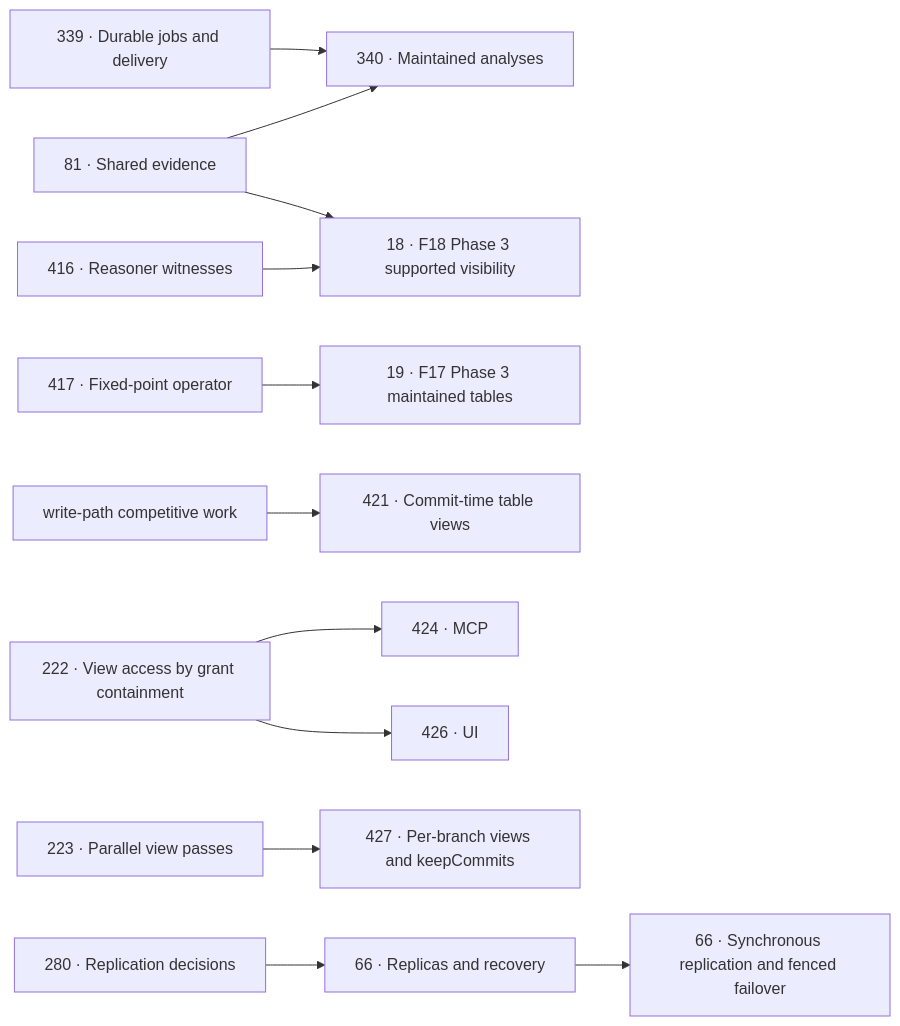
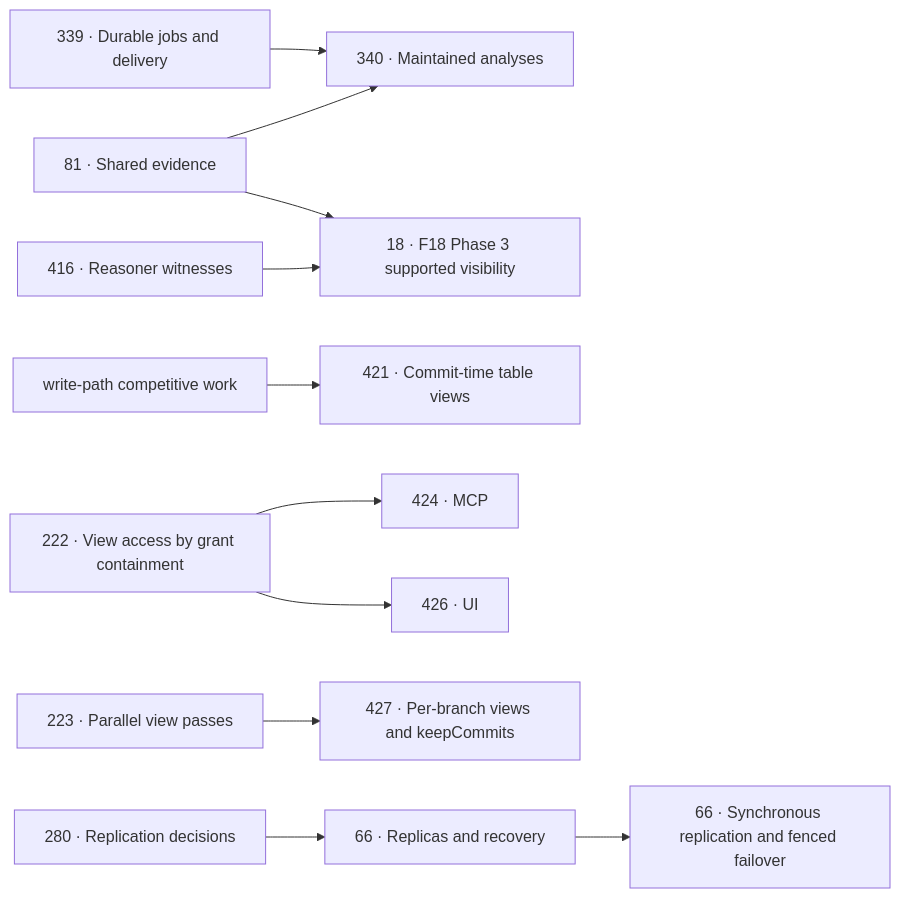
One commit to kclejeune/sparkles changed the second of 2 diagrams in docs/ROADMAP.md. Above: the diagram before and after it, drawn with Mermaid. The commit also changed other lines of this file and 14 other files, not shown here.

First line of the commit message:
Document the fixed-point operator and its measurements (417)

````diff
--- a/docs/ROADMAP.md
+++ b/docs/ROADMAP.md
@@ -282,14 +282,13 @@
 ```mermaid
 flowchart LR
     E["81 · Shared evidence"] --> A["340 · Maintained analyses"]
     J["339 · Durable jobs and delivery"] --> A
     L3["416 · Reasoner witnesses"] --> V["18 · F18 Phase 3 supported visibility"]
     E --> V
-    L4["417 · Fixed-point operator"] --> T["19 · F17 Phase 3 maintained tables"]
     W["write-path competitive work"] --> L8["421 · Commit-time table views"]
     P222["222 · View access by grant containment"] --> L11["424 · MCP"]
     P222 --> L13["426 · UI"]
     P223["223 · Parallel view passes"] --> L14["427 · Per-branch views and keepCommits"]
     B["280 · Replication decisions"] --> D["66 · Replicas and recovery"]
     D --> S["66 · Synchronous replication and fenced failover"]
 ```
````
